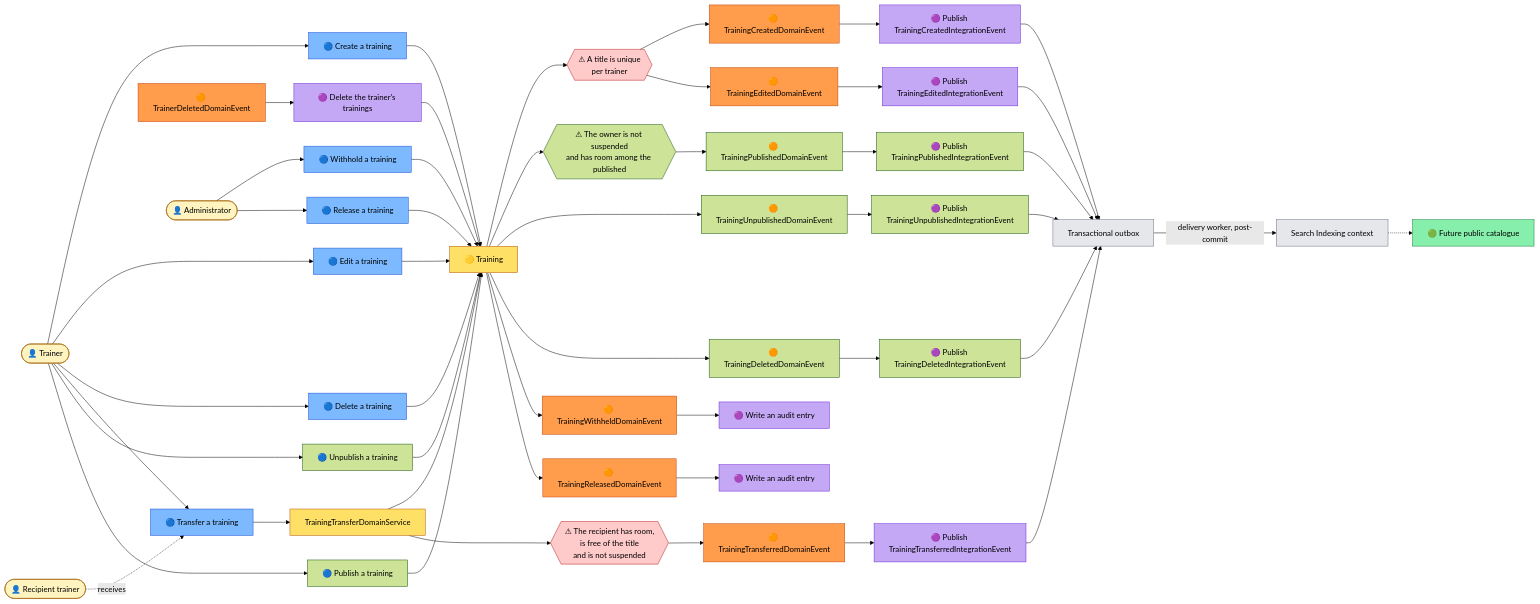
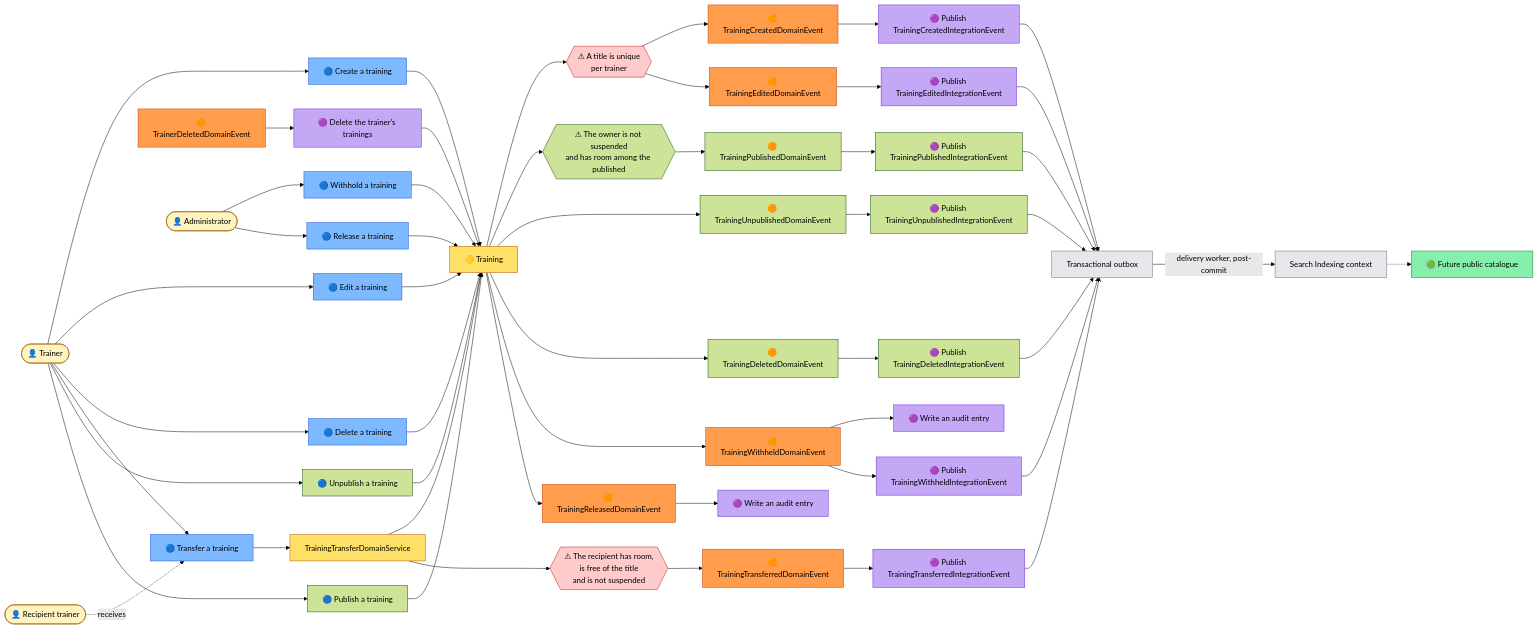
One commit to maxime-poulain/BLRefactoring changed the second of 2 diagrams in docs/strategic-design/event-storming.md. Above: the diagram before and after it, drawn with Mermaid (forest theme). The commit also changed other lines of this file and 45 other files, not shown here.

````diff
--- a/docs/strategic-design/event-storming.md
+++ b/docs/strategic-design/event-storming.md
@@ -119,74 +124,76 @@
 ```mermaid
 flowchart LR
     A(["👤 Trainer"]) --> C1["🔵 Create a training"]
     A --> C2["🔵 Edit a training"]
     A --> C3["🔵 Delete a training"]
     A --> C4["🔵 Transfer a training"]
     A --> C5["🔵 Unpublish a training"]
     A --> C6["🔵 Publish a training"]
     B(["👤 Recipient trainer"]) -.->|"receives"| C4
 
     C1 --> AG["🟡 Training"]
     C2 --> AG
     C3 --> AG
     C5 --> AG
     C6 --> AG
     C4 --> DS["TrainingTransferDomainService"]
     DS --> AG
 
     AG --> INV{{"⚠ A title is unique<br/>per trainer"}}
     DS --> INV2{{"⚠ The recipient has room,<br/>is free of the title<br/>and is not suspended"}}
     AG --> INV3{{"⚠ The owner is not suspended<br/>and has room among the published"}}
     INV --> E1["🟠 TrainingCreatedDomainEvent"]
     INV --> E2["🟠 TrainingEditedDomainEvent"]
     INV2 --> E4["🟠 TrainingTransferredDomainEvent"]
     INV3 --> E5["🟠 TrainingPublishedDomainEvent"]
     AG --> E6["🟠 TrainingUnpublishedDomainEvent"]
     AG --> E7["🟠 TrainingDeletedDomainEvent"]
 
     E1 --> P1["🟣 Publish TrainingCreatedIntegrationEvent"]
     E2 --> P2["🟣 Publish TrainingEditedIntegrationEvent"]
     E4 --> P4["🟣 Publish TrainingTransferredIntegrationEvent"]
     E5 --> P5["🟣 Publish TrainingPublishedIntegrationEvent"]
     E6 --> P6["🟣 Publish TrainingUnpublishedIntegrationEvent"]
     E7 --> P7["🟣 Publish TrainingDeletedIntegrationEvent"]
     P1 --> OB["Transactional outbox"]
     P2 --> OB
     P4 --> OB
     P5 --> OB
     P6 --> OB
     P7 --> OB
     OB -->|"delivery worker, post-commit"| SI["Search Indexing context"]
 
     SI -.-> RM["🟢 Future public catalogue"]
 
     TD["🟠 TrainerDeletedDomainEvent"] --> P3["🟣 Delete the trainer's trainings"]
     P3 --> AG
 
     ADM(["👤 Administrator"]) --> C7["🔵 Withhold a training"]
     ADM --> C8["🔵 Release a training"]
     C7 --> AG
     C8 --> AG
     AG --> E8["🟠 TrainingWithheldDomainEvent"]
     AG --> E9["🟠 TrainingReleasedDomainEvent"]
     E8 --> P8["🟣 Write an audit entry"]
     E9 --> P9["🟣 Write an audit entry"]
+    E8 --> P10["🟣 Publish TrainingWithheldIntegrationEvent"]
+    P10 --> OB
 
     classDef event fill:#ff9d4d,stroke:#c2410c,color:#000
     classDef command fill:#7cb9ff,stroke:#1d4ed8,color:#000
     classDef aggregate fill:#ffe066,stroke:#b45309,color:#000
     classDef policy fill:#c4a7f5,stroke:#6d28d9,color:#000
     classDef actor fill:#fff3bf,stroke:#a16207,color:#000
     classDef readmodel fill:#86efac,stroke:#15803d,color:#000
     classDef external fill:#e5e7eb,stroke:#6b7280,color:#000
     classDef invariant fill:#fecaca,stroke:#b91c1c,color:#000
 
     class E1,E2,E4,E8,E9,TD event
     class C1,C2,C3,C4,C7,C8 command
     class AG,DS aggregate
-    class P1,P2,P3,P4,P8,P9 policy
+    class P1,P2,P3,P4,P8,P9,P10 policy
     class A,B,ADM actor
     class RM readmodel
     class SI,OB external
     class INV,INV2 invariant
 ```
````
